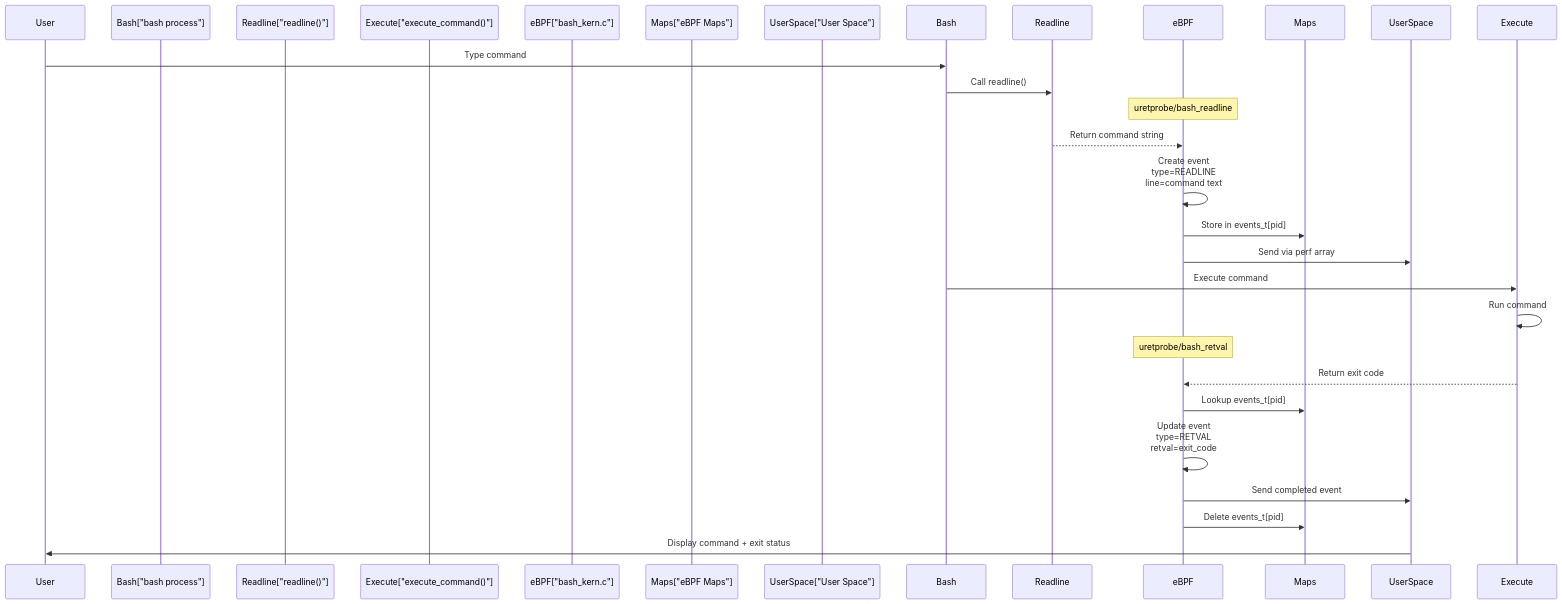
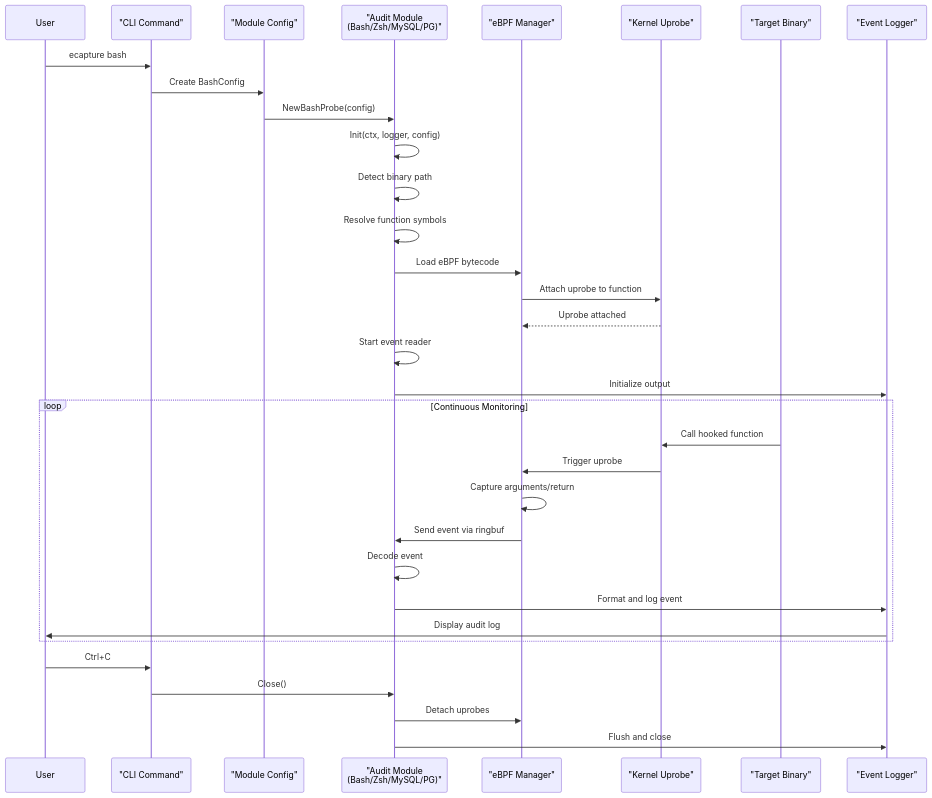
One commit to gojue/ecapture.cc changed the second of 3 diagrams in src/en/3-capture-modules/3.2-system-audit-modules.md. Above: the diagram before and after it, drawn with Mermaid. The commit also changed other lines of this file and 115 other files, not shown here.

````diff
--- a/src/en/3-capture-modules/3.2-system-audit-modules.md
+++ b/src/en/3-capture-modules/3.2-system-audit-modules.md
@@ -147,31 +271,41 @@
 ```mermaid
 sequenceDiagram
     participant User
-    participant Bash["bash process"]
-    participant Readline["readline()"]
-    participant Execute["execute_command()"]
-    participant eBPF["bash_kern.c"]
-    participant Maps["eBPF Maps"]
-    participant UserSpace["User Space"]
+    participant CLI as "CLI Command"
+    participant Config as "Module Config"
+    participant Module as "Audit Module<br/>(Bash/Zsh/MySQL/PG)"
+    participant eBPF as "eBPF Manager"
+    participant Kernel as "Kernel Uprobe"
+    participant Target as "Target Binary"
+    participant Logger as "Event Logger"
     
-    User->>Bash: Type command
-    Bash->>Readline: Call readline()
+    User->>CLI: ecapture bash
+    CLI->>Config: Create BashConfig
+    Config->>Module: NewBashProbe(config)
     
-    Note over eBPF: uretprobe/bash_readline
-    Readline-->>eBPF: Return command string
-    eBPF->>eBPF: Create event<br/>type=READLINE<br/>line=command text
-    eBPF->>Maps: Store in events_t[pid]
-    eBPF->>UserSpace: Send via perf array
+    Module->>Module: Init(ctx, logger, config)
+    Module->>Module: Detect binary path
+    Module->>Module: Resolve function symbols
     
-    Bash->>Execute: Execute command
-    Execute->>Execute: Run command
+    Module->>eBPF: Load eBPF bytecode
+    eBPF->>Kernel: Attach uprobe to function
+    Kernel-->>eBPF: Uprobe attached
     
-    Note over eBPF: uretprobe/bash_retval
-    Execute-->>eBPF: Return exit code
-    eBPF->>Maps: Lookup events_t[pid]
-    eBPF->>eBPF: Update event<br/>type=RETVAL<br/>retval=exit_code
-    eBPF->>UserSpace: Send completed event
-    eBPF->>Maps: Delete events_t[pid]
+    Module->>Module: Start event reader
+    Module->>Logger: Initialize output
     
-    UserSpace->>User: Display command + exit status
+    loop Continuous Monitoring
+        Target->>Kernel: Call hooked function
+        Kernel->>eBPF: Trigger uprobe
+        eBPF->>eBPF: Capture arguments/return
+        eBPF->>Module: Send event via ringbuf
+        Module->>Module: Decode event
+        Module->>Logger: Format and log event
+        Logger->>User: Display audit log
+    end
+    
+    User->>CLI: Ctrl+C
+    CLI->>Module: Close()
+    Module->>eBPF: Detach uprobes
+    Module->>Logger: Flush and close
 ```
````
